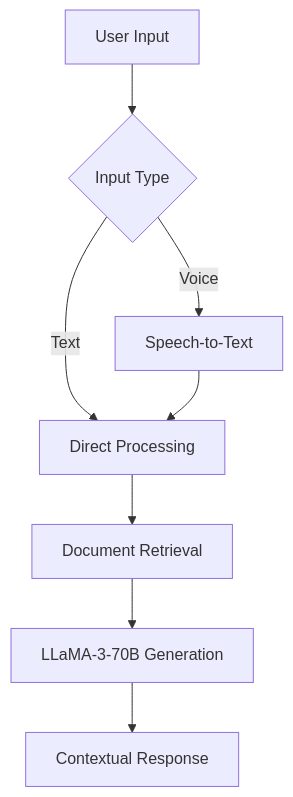
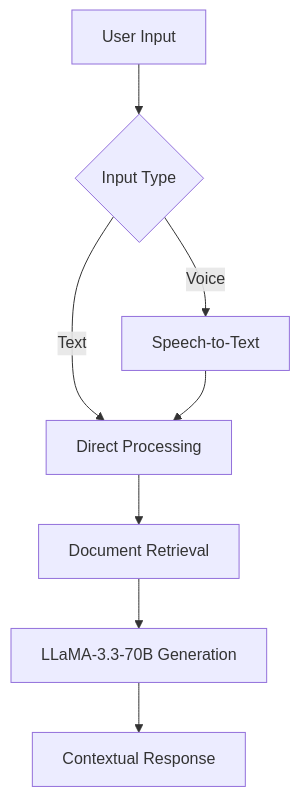
The diagram in ReadME.md (mokakrishna21/TARS), drawn with Mermaid before and after one commit. The commit also changed other lines of this file, not shown here.

````diff
--- a/ReadME.md
+++ b/ReadME.md
@@ -23,10 +23,10 @@
- ```mermaid
- graph TD
-     A[User Input] --> B{Input Type}
-     B -->|Voice| C[Speech-to-Text]
-     B -->|Text| D[Direct Processing]
-     C --> D
-     D --> E[Document Retrieval]
-     E --> F[LLaMA-3-70B Generation]
-     F --> G[Contextual Response]
- ```
+```mermaid
+graph TD
+    A[User Input] --> B{Input Type}
+    B -->|Voice| C[Speech-to-Text]
+    B -->|Text| D[Direct Processing]
+    C --> D
+    D --> E[Document Retrieval]
+    E --> F[LLaMA-3.3-70B Generation]
+    F --> G[Contextual Response]
+```
````
